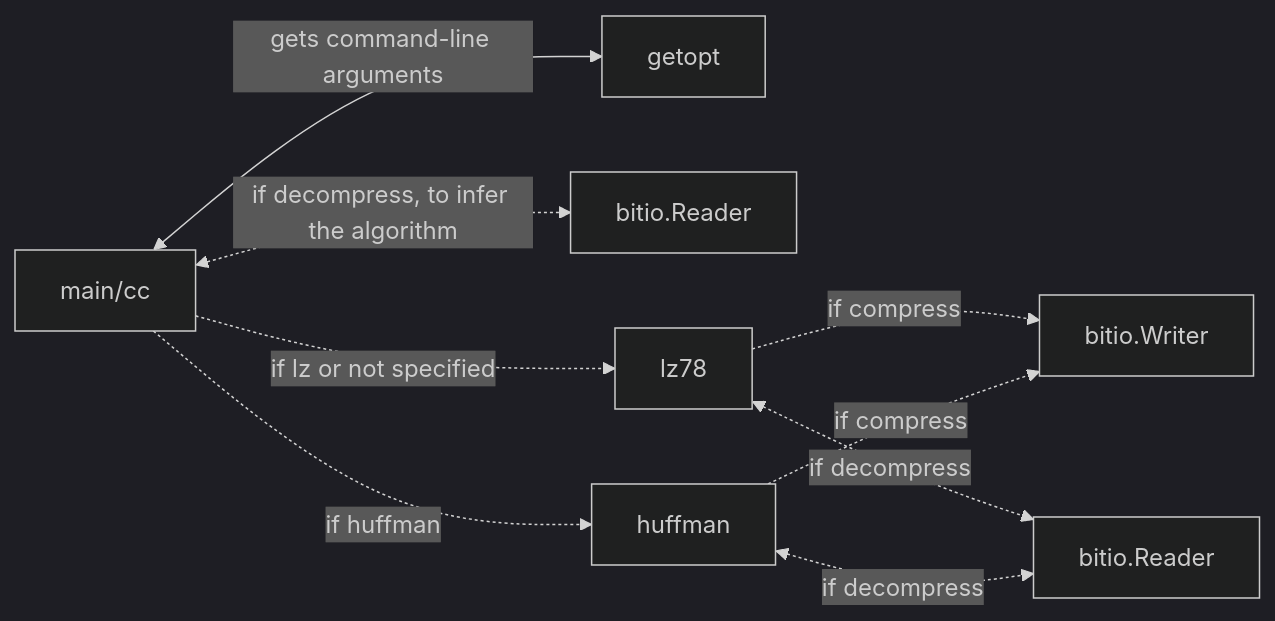
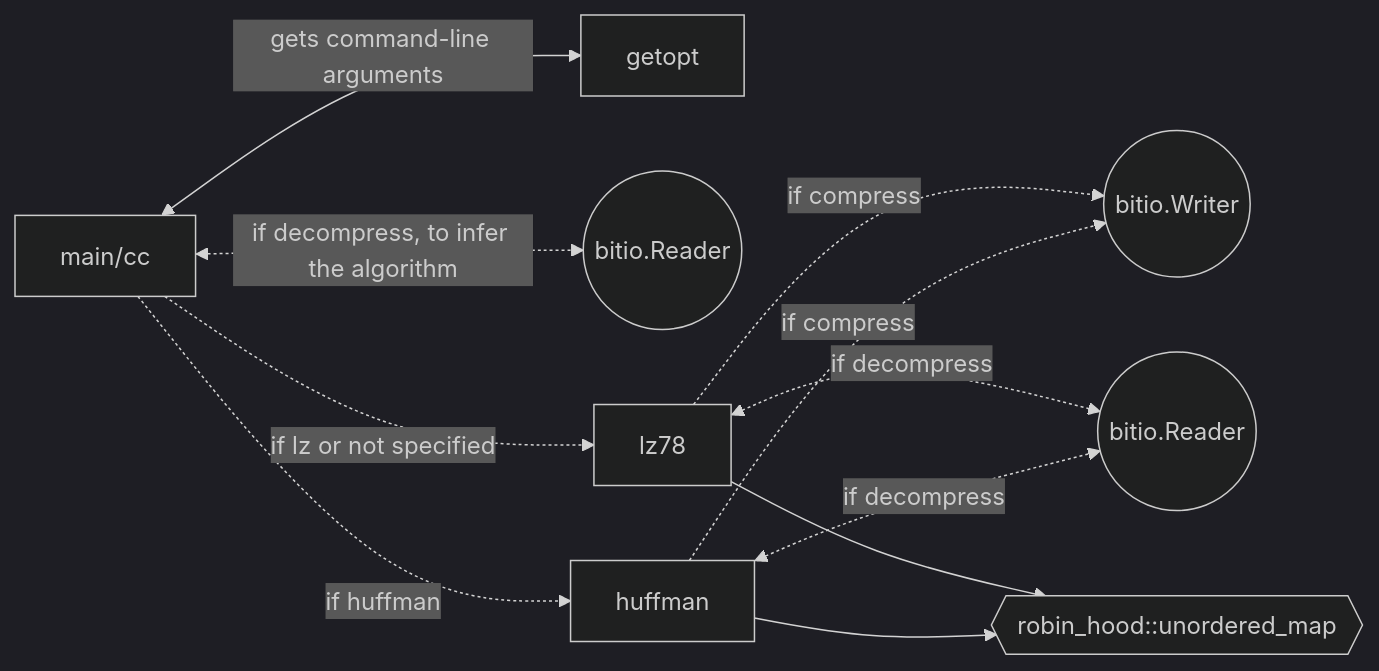
Before and after one commit to oskarruo/tiralabra: the diagram in docs/implementationreport.md, drawn with Mermaid (dark theme). The commit also changed other lines of this file, not shown here.

````diff
--- a/docs/implementationreport.md
+++ b/docs/implementationreport.md
@@ -31,11 +32,13 @@
 ```mermaid
 flowchart LR
   A[main/cc] <-->|gets command-line arguments| B[getopt]
-  A <-.->|if decompress, to infer the algorithm| G[bitio.Reader]
+  A <-.->|if decompress, to infer the algorithm| G((bitio.Reader))
   A -.->|if lz or not specified| C[lz78]
   A -.->|if huffman| D[huffman]
-  C -.->|if compress| E[bitio.Writer]
-  C <-.->|if decompress| F[bitio.Reader]
-  D -.->|if compress| E[bitio.Writer]
-  D <-.->|if decompress| F[bitio.Reader]
+  C -.->|if compress| E((bitio.Writer))
+  C <-.->|if decompress| F((bitio.Reader))
+  D -.->|if compress| E((bitio.Writer))
+  D <-.->|if decompress| F((bitio.Reader))
+  C --> H{{robin_hood::unordered_map}}
+  D --> H{{robin_hood::unordered_map}}
 ```
````
